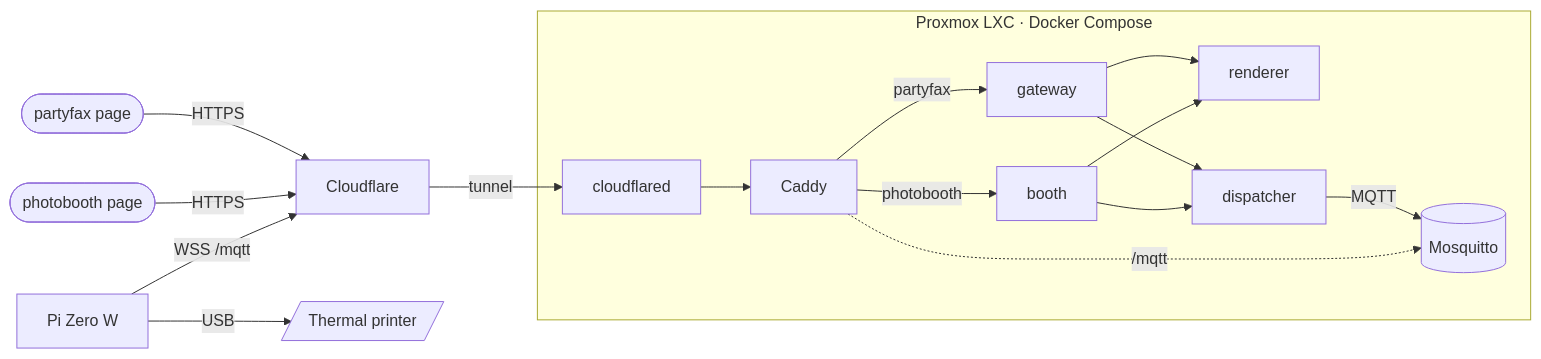
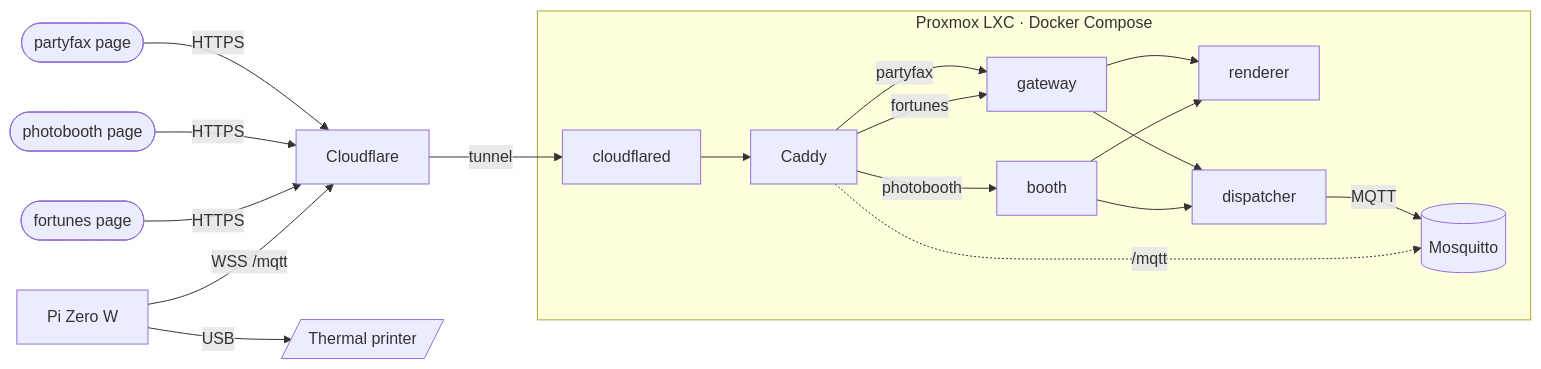
The diagram in README.md (jstader/partyfax), drawn with Mermaid before and after one commit. The commit also changed other lines of this file and 21 other files, not shown here.

Commit message:
feat(fortunes): a fortune cookie site at fortunes.nilanet.live

````diff
--- a/README.md
+++ b/README.md
@@ -77,19 +93,21 @@
 ```mermaid
 flowchart LR
     fax([partyfax page]) -- HTTPS --> cf[Cloudflare]
     booth_page([photobooth page]) -- HTTPS --> cf
+    fortune_page([fortunes page]) -- HTTPS --> cf
     pi[Pi Zero W] -- "WSS /mqtt" --> cf
     cf -- tunnel --> cloudflared
     subgraph LXC [Proxmox LXC · Docker Compose]
         cloudflared --> caddy[Caddy]
         caddy -- partyfax --> gateway
         caddy -- photobooth --> booth
+        caddy -- fortunes --> gateway
         gateway --> renderer
         booth --> renderer
         gateway --> dispatcher
         booth --> dispatcher
         dispatcher -- MQTT --> broker[(Mosquitto)]
         caddy -. /mqtt .-> broker
     end
     pi -- USB --> printer[/Thermal printer/]
 ```
````
